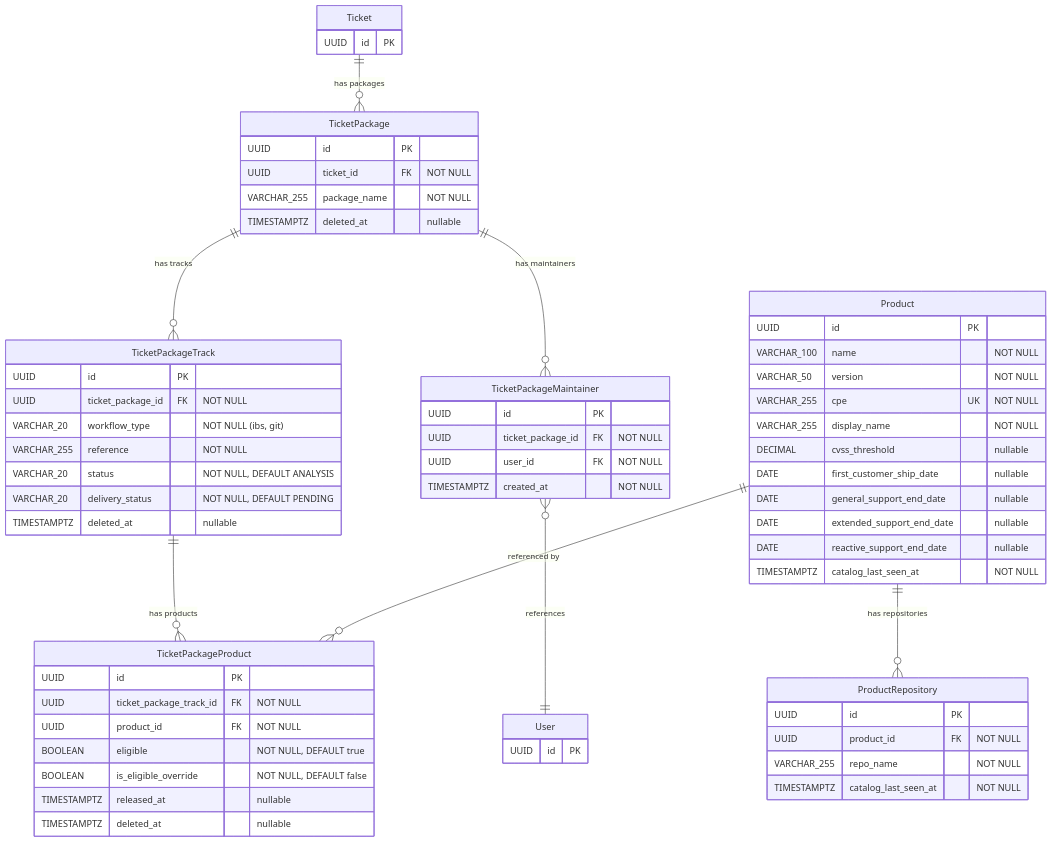
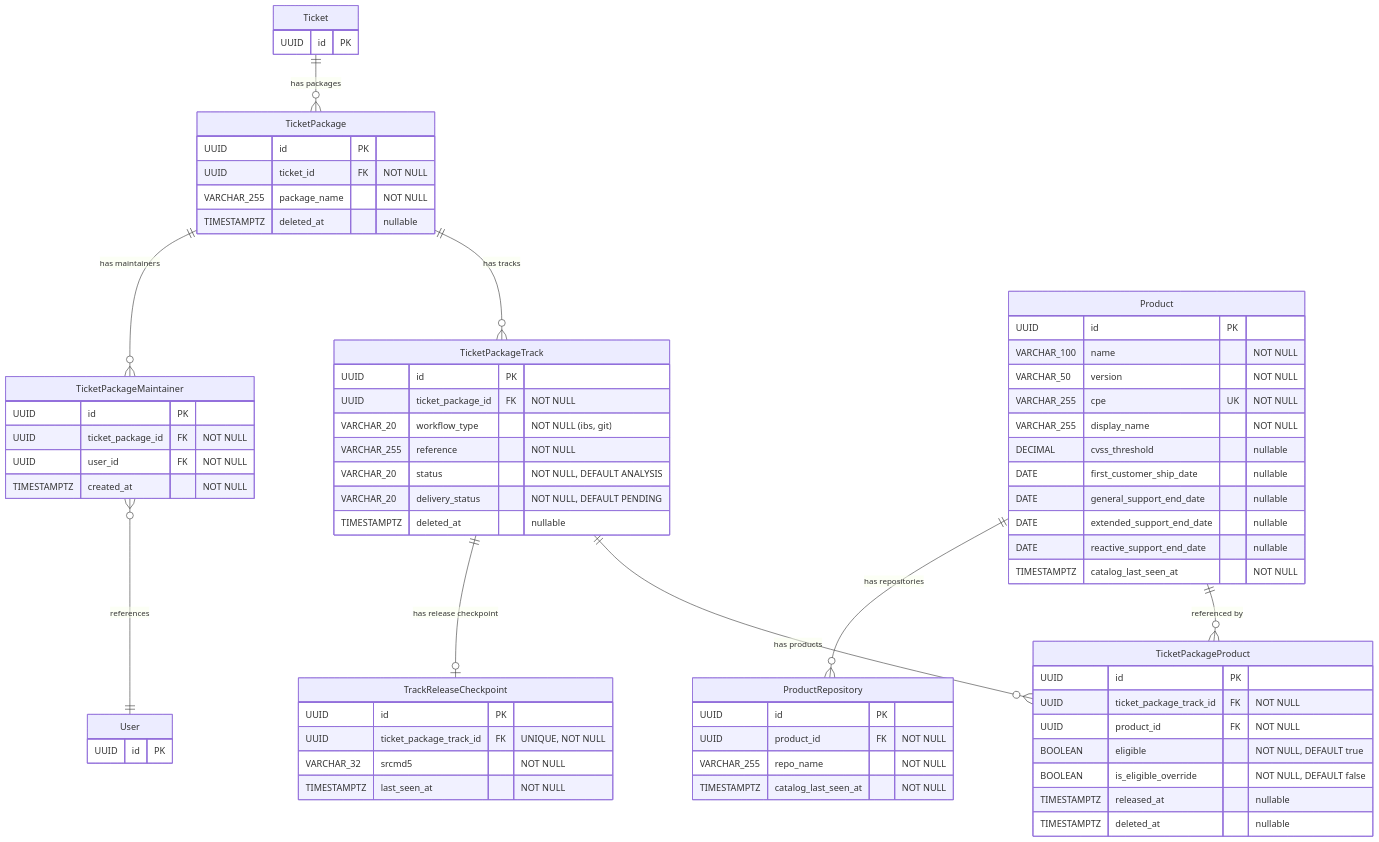
One commit to StayPirate/STAMP changed the third of 6 diagrams in docs/data-model.md. Above: the diagram before and after it, drawn with Mermaid. The commit also changed other lines of this file and 16 other files, not shown here.

Commit message:
docs: define IBS track release reconciliation

````diff
--- a/docs/data-model.md
+++ b/docs/data-model.md
@@ -225,66 +227,73 @@
 ```mermaid
 erDiagram
     Ticket {
         UUID id PK
     }
     TicketPackage {
         UUID id PK
         UUID ticket_id FK "NOT NULL"
         VARCHAR_255 package_name "NOT NULL"
         TIMESTAMPTZ deleted_at "nullable"
     }
     TicketPackageMaintainer {
         UUID id PK
         UUID ticket_package_id FK "NOT NULL"
         UUID user_id FK "NOT NULL"
         TIMESTAMPTZ created_at "NOT NULL"
     }
     TicketPackageTrack {
         UUID id PK
         UUID ticket_package_id FK "NOT NULL"
         VARCHAR_20 workflow_type "NOT NULL (ibs, git)"
         VARCHAR_255 reference "NOT NULL"
         VARCHAR_20 status "NOT NULL, DEFAULT ANALYSIS"
         VARCHAR_20 delivery_status "NOT NULL, DEFAULT PENDING"
         TIMESTAMPTZ deleted_at "nullable"
+    }
+    TrackReleaseCheckpoint {
+        UUID id PK
+        UUID ticket_package_track_id FK "UNIQUE, NOT NULL"
+        VARCHAR_32 srcmd5 "NOT NULL"
+        TIMESTAMPTZ last_seen_at "NOT NULL"
     }
     TicketPackageProduct {
         UUID id PK
         UUID ticket_package_track_id FK "NOT NULL"
         UUID product_id FK "NOT NULL"
         BOOLEAN eligible "NOT NULL, DEFAULT true"
         BOOLEAN is_eligible_override "NOT NULL, DEFAULT false"
         TIMESTAMPTZ released_at "nullable"
         TIMESTAMPTZ deleted_at "nullable"
     }
     Product {
         UUID id PK
         VARCHAR_100 name "NOT NULL"
         VARCHAR_50 version "NOT NULL"
         VARCHAR_255 cpe UK "NOT NULL"
         VARCHAR_255 display_name "NOT NULL"
         DECIMAL cvss_threshold "nullable"
         DATE first_customer_ship_date "nullable"
         DATE general_support_end_date "nullable"
         DATE extended_support_end_date "nullable"
         DATE reactive_support_end_date "nullable"
         TIMESTAMPTZ catalog_last_seen_at "NOT NULL"
     }
     ProductRepository {
         UUID id PK
         UUID product_id FK "NOT NULL"
         VARCHAR_255 repo_name "NOT NULL"
         TIMESTAMPTZ catalog_last_seen_at "NOT NULL"
     }
     User {
         UUID id PK
     }
 
     Ticket ||--o{ TicketPackage : "has packages"
     TicketPackage ||--o{ TicketPackageTrack : "has tracks"
     TicketPackage ||--o{ TicketPackageMaintainer : "has maintainers"
     TicketPackageMaintainer }o--|| User : "references"
     TicketPackageTrack ||--o{ TicketPackageProduct : "has products"
+    TicketPackageTrack ||--o| TrackReleaseCheckpoint : "has release checkpoint"
     Product ||--o{ TicketPackageProduct : "referenced by"
     Product ||--o{ ProductRepository : "has repositories"
 ```
````
